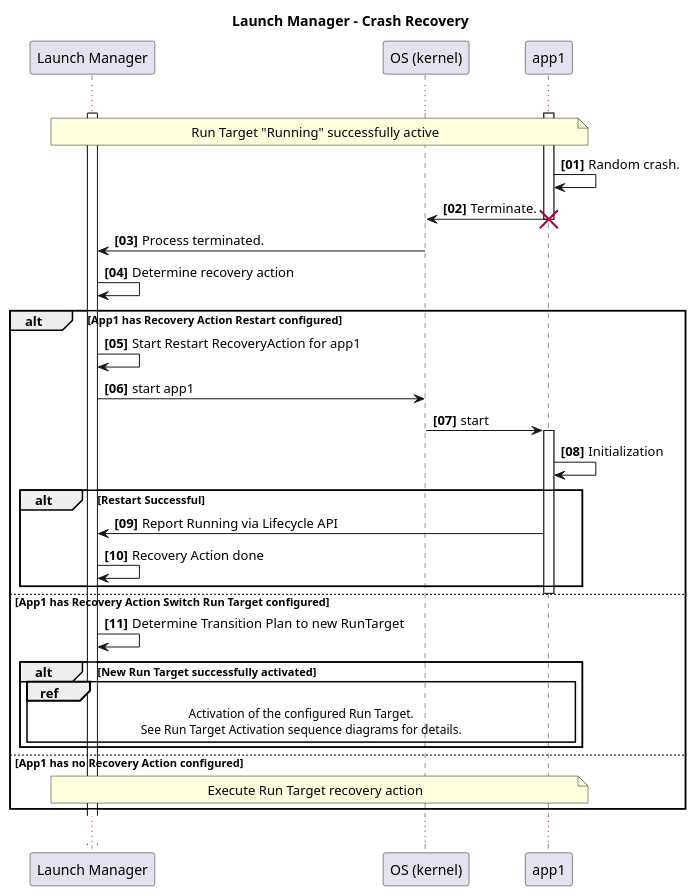
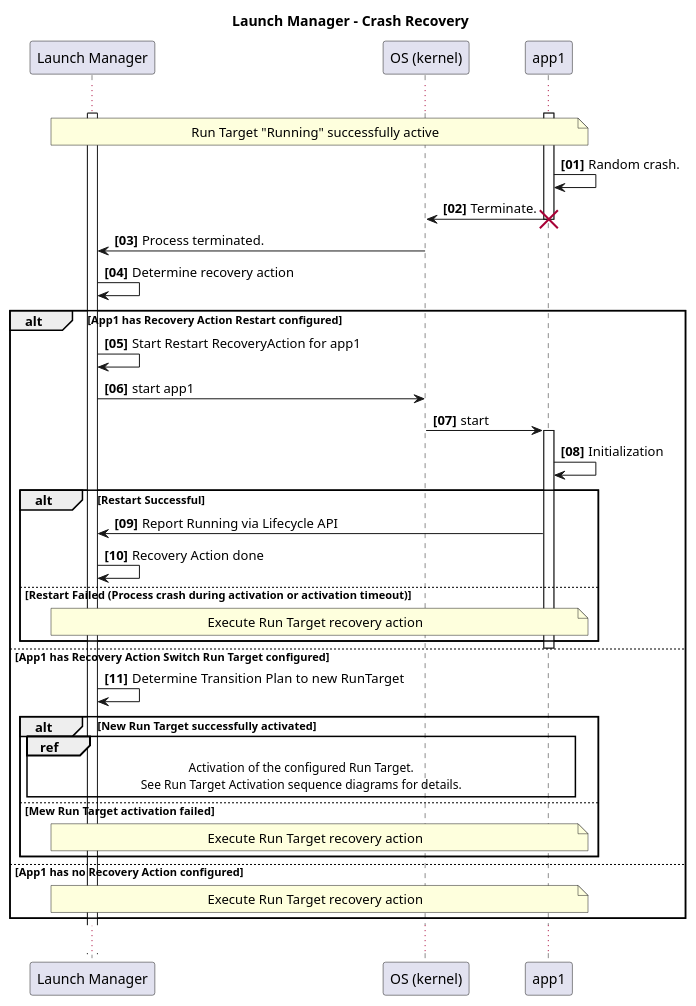
The diagram in docs/features/lifecycle/architecture/_assets/launch_manager_random_crash.puml (eclipse-score/lifecycle), drawn with PlantUML before and after one commit. The commit also changed 6 other files, not shown here.

Commit message:
Recovery Action extensions

```diff
--- a/docs/features/lifecycle/architecture/_assets/launch_manager_random_crash.puml
+++ b/docs/features/lifecycle/architecture/_assets/launch_manager_random_crash.puml
@@ -14,64 +14,71 @@
 @startuml
 title Launch Manager - Crash Recovery
 
 autonumber "<b>[00]"
 
 participant "Launch Manager" as LM
 participant "OS (kernel)" as kernel
 
 participant "app1" as app1
 
 activate LM
 activate app1
 
 ...
 
 note over LM,app1
 Run Target "Running" successfully active
 end note
 
 app1 -> app1: Random crash.
 app1 -> kernel: Terminate.
 destroy app1
 kernel -> LM: Process terminated.
 
 LM -> LM: Determine recovery action
 
 alt App1 has Recovery Action Restart configured
 
 LM -> LM: Start Restart RecoveryAction for app1
 LM -> kernel: start app1
 kernel -> app1 ++ : start
 app1 -> app1 : Initialization
 
 alt Restart Successful
   app1 -> LM : Report Running via Lifecycle API
   LM -> LM: Recovery Action done
-
+else Restart Failed (Process crash during activation or activation timeout)
+  note over LM, app1
+  Execute Run Target recovery action
+  end note
 end alt
 
 deactivate app1
 
 else App1 has Recovery Action Switch Run Target configured
 
 LM -> LM: Determine Transition Plan to new RunTarget
 
   alt New Run Target successfully activated
     ref over LM, app1
       Activation of the configured Run Target.
       See Run Target Activation sequence diagrams for details.
     end ref
+  else Mew Run Target activation failed
+    note over LM, app1
+    Execute Run Target recovery action
+    end note
   end alt
 
 
 else App1 has no Recovery Action configured
 
 note over LM, app1
 Execute Run Target recovery action
 end note
 
 end alt
 
 ...
 
 @enduml
```
